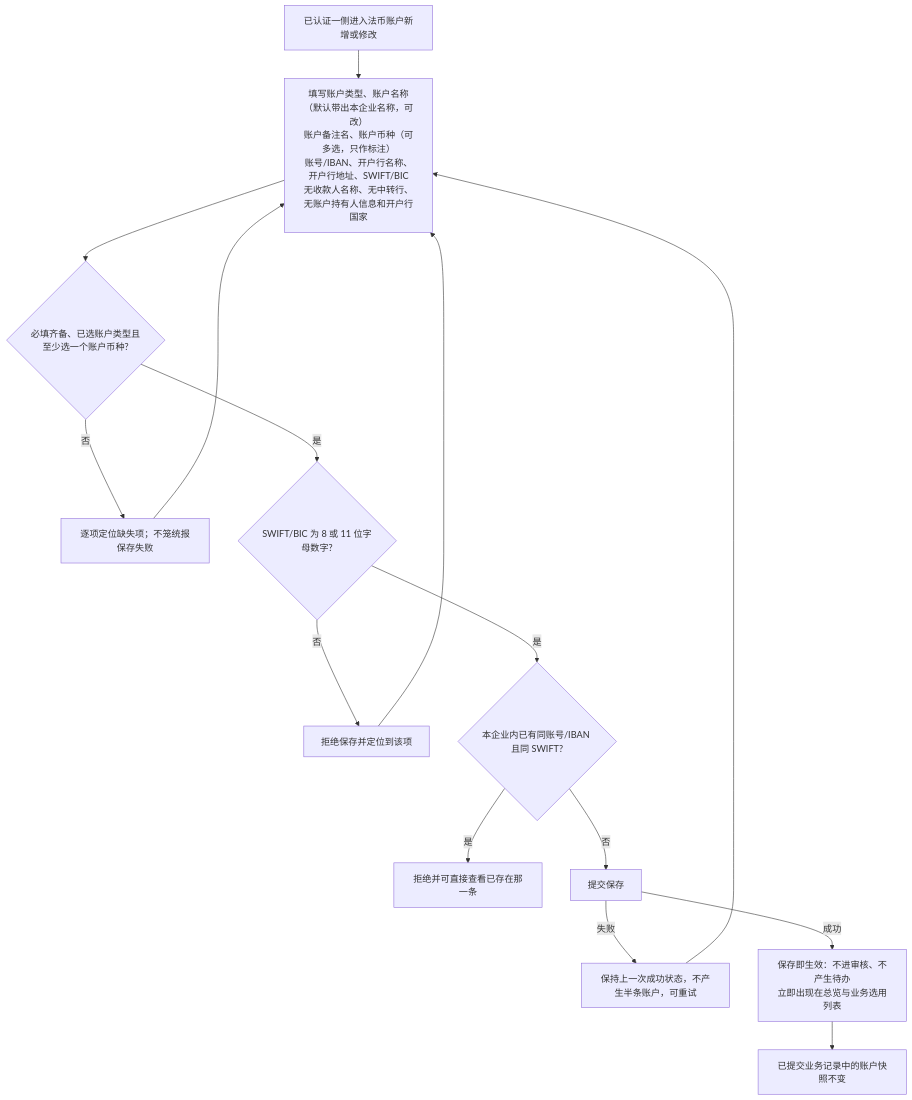
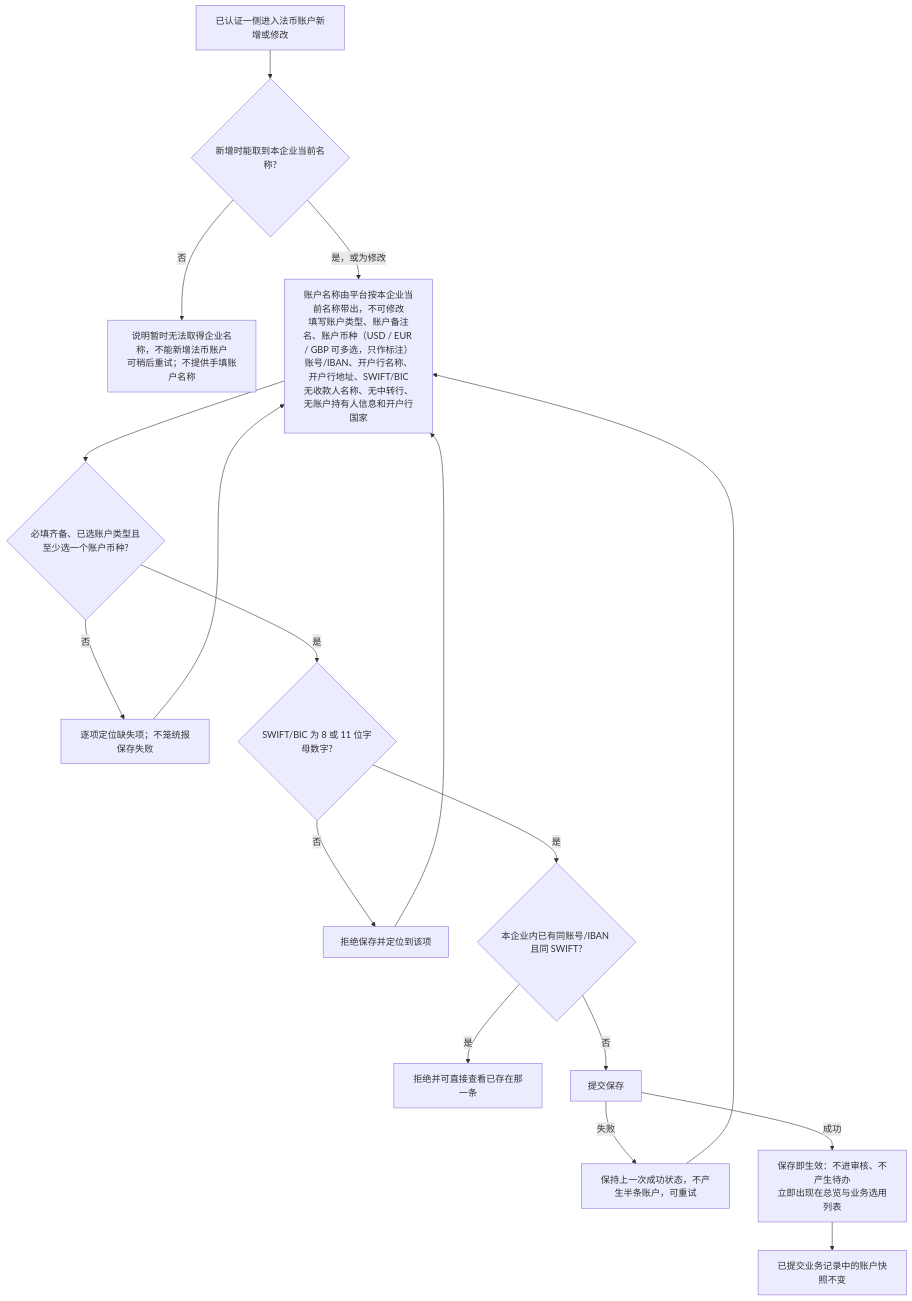
Before and after one commit to wxblockchain/Chain-Financing: the second of 7 diagrams in lending-platform/PRD/面客端/03-企业账户/02-企业账户-流程图与状态机.md, drawn with Mermaid. The commit also changed other lines of this file and 3 other files, not shown here.

````diff
--- a/lending-platform/PRD/面客端/03-企业账户/02-企业账户-流程图与状态机.md
+++ b/lending-platform/PRD/面客端/03-企业账户/02-企业账户-流程图与状态机.md
@@ -47,17 +47,19 @@
 ```mermaid
 flowchart TD
-    A[已认证一侧进入法币账户新增或修改] --> B[填写账户类型、账户名称（默认带出本企业名称，可改）<br/>账户备注名、账户币种（可多选，只作标注）<br/>账号/IBAN、开户行名称、开户行地址、SWIFT/BIC<br/>无收款人名称、无中转行、无账户持有人信息和开户行国家]
+    A[已认证一侧进入法币账户新增或修改] --> A1{新增时能取到本企业当前名称?}
+    A1 -->|否| A2[说明暂时无法取得企业名称，不能新增法币账户<br/>可稍后重试；不提供手填账户名称]
+    A1 -->|是，或为修改| B[账户名称由平台按本企业当前名称带出，不可修改<br/>填写账户类型、账户备注名、账户币种（USD / EUR / GBP 可多选，只作标注）<br/>账号/IBAN、开户行名称、开户行地址、SWIFT/BIC<br/>无收款人名称、无中转行、无账户持有人信息和开户行国家]
     B --> C{必填齐备、已选账户类型且至少选一个账户币种?}
     C -->|否| D[逐项定位缺失项；不笼统报保存失败]
     D --> B
     C -->|是| E{SWIFT/BIC 为 8 或 11 位字母数字?}
     E -->|否| F[拒绝保存并定位到该项]
     F --> B
     E -->|是| K{本企业内已有同账号/IBAN 且同 SWIFT?}
     K -->|是| L[拒绝并可直接查看已存在那一条]
     K -->|否| M[提交保存]
     M -->|失败| N[保持上一次成功状态，不产生半条账户，可重试]
     N --> B
     M -->|成功| O[保存即生效：不进审核、不产生待办<br/>立即出现在总览与业务选用列表]
     O --> P[已提交业务记录中的账户快照不变]
 ```
````
